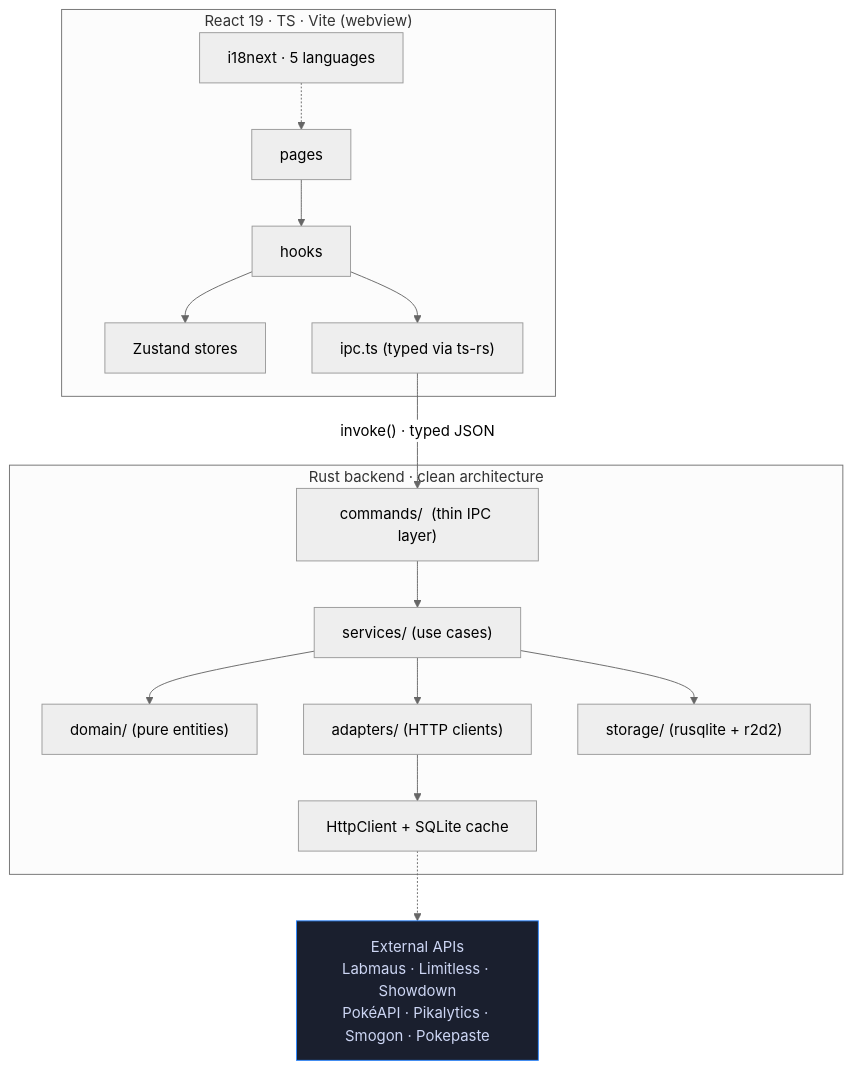
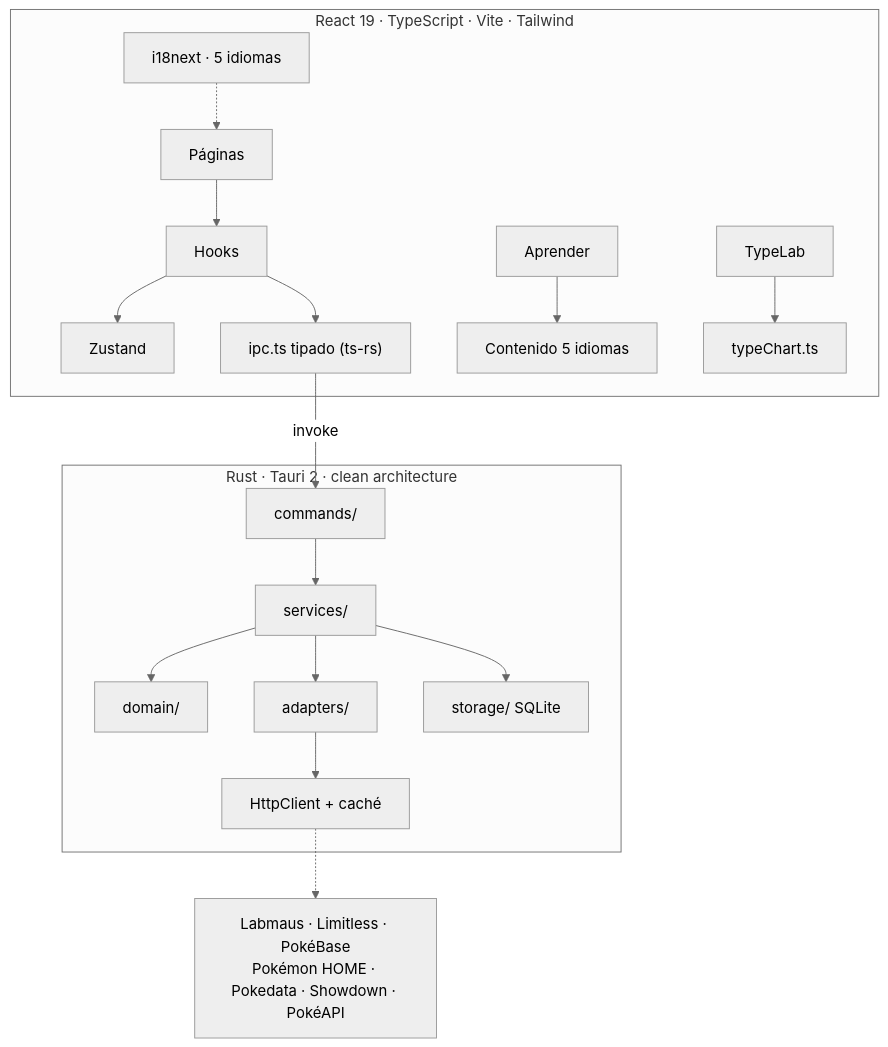
Before and after one commit to felipesuarez-dev/VGC-Reporter: the first of 2 diagrams in README.md, drawn with Mermaid (neutral theme). The commit also changed other lines of this file and 128 other files, not shown here.

Commit message:
[release] v0.6.0 - aprender, type lab, pokebase, champions y sync LAN

````diff
--- a/README.md
+++ b/README.md
@@ -210,25 +130,22 @@
 ```mermaid
 flowchart TD
-    subgraph FE["React 19 · TS · Vite (webview)"]
-        Pages[pages] --> Hooks[hooks]
-        Hooks --> Stores[Zustand stores]
-        Hooks --> IPC["ipc.ts (typed via ts-rs)"]
-        I18n["i18next · 5 languages"] -.-> Pages
-    end
+  subgraph FE["React 19 · TypeScript · Vite · Tailwind"]
+    Pages[Páginas] --> Hooks[Hooks]
+    Hooks --> Stores[Zustand]
+    Hooks --> IPC["ipc.ts tipado (ts-rs)"]
+    I18n["i18next · 5 idiomas"] -.-> Pages
+    Learn[Aprender] --> Content[Contenido 5 idiomas]
+    TypeLab[TypeLab] --> TypeChart[typeChart.ts]
+  end
 
-    IPC -->|"invoke() · typed JSON"| CMD
+  IPC -->|invoke| CMD
+  subgraph BE["Rust · Tauri 2 · clean architecture"]
+    CMD[commands/] --> SVC[services/]
+    SVC --> DOM[domain/]
+    SVC --> ADP[adapters/]
+    SVC --> STO[storage/ SQLite]
+    ADP --> HTTP[HttpClient + caché]
+  end
 
-    subgraph BE["Rust backend · clean architecture"]
-        CMD["commands/  (thin IPC layer)"]
-        CMD --> SVC["services/  (use cases)"]
-        SVC --> DOM["domain/  (pure entities)"]
-        SVC --> ADP["adapters/  (HTTP clients)"]
-        SVC --> STO["storage/  (rusqlite + r2d2)"]
-        ADP --> HTTP["HttpClient + SQLite cache"]
-    end
-
-    HTTP -.-> EXT["External APIs<br/>Labmaus · Limitless · Showdown<br/>PokéAPI · Pikalytics · Smogon · Pokepaste"]
-
-    classDef ext fill:#1a1f2e,stroke:#2b86ff,color:#cdd6f4;
-    class EXT ext;
+  HTTP -.-> EXT["Labmaus · Limitless · PokéBase<br/>Pokémon HOME · Pokedata · Showdown · PokéAPI"]
 ```
````
